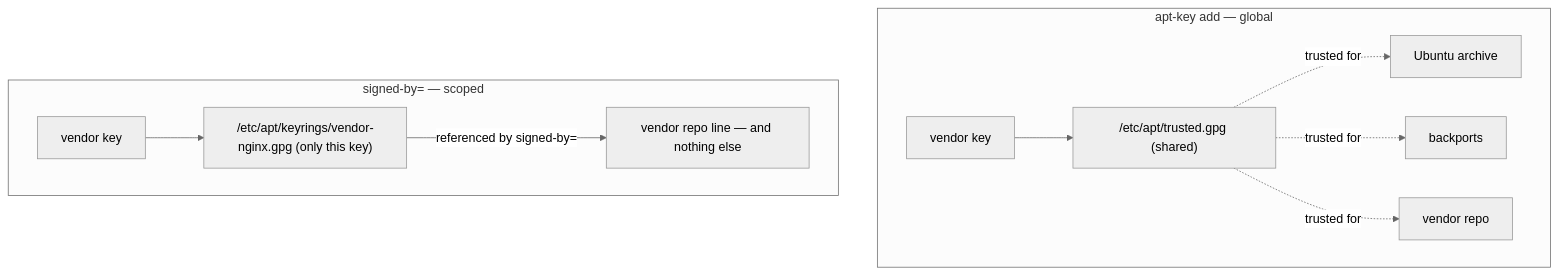
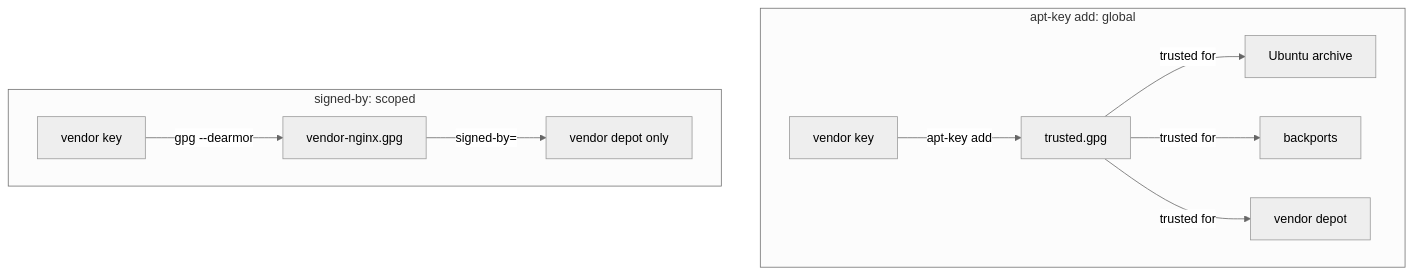
The diagram in sections/section-050/module-01/course-01-scoped-trust.md (astrona-io/ATS002), drawn with Mermaid (neutral theme) before and after one commit. The commit also changed other lines of this file and 615 other files, not shown here.

````diff
--- a/sections/section-050/module-01/course-01-scoped-trust.md
+++ b/sections/section-050/module-01/course-01-scoped-trust.md
@@ -23,13 +28,13 @@
 ```mermaid
-flowchart TD
-    subgraph OLD["apt-key add — global"]
-      K1["vendor key"] --> GK["/etc/apt/trusted.gpg (shared)"]
-      GK -.trusted for.-> R1["Ubuntu archive"]
-      GK -.trusted for.-> R2["backports"]
-      GK -.trusted for.-> R3["vendor repo"]
+flowchart TB
+    subgraph OLD["apt-key add: global"]
+      K1["vendor key"] -->|"apt-key add"| GK["trusted.gpg"]
+      GK -->|"trusted for"| R1["Ubuntu archive"]
+      GK -->|"trusted for"| R2["backports"]
+      GK -->|"trusted for"| R3["vendor depot"]
     end
-    subgraph NEW["signed-by= — scoped"]
-      K2["vendor key"] --> KF["/etc/apt/keyrings/vendor-nginx.gpg (only this key)"]
-      KF -->|referenced by signed-by=| RN["vendor repo line — and nothing else"]
+    subgraph NEW["signed-by: scoped"]
+      K2["vendor key"] -->|"gpg --dearmor"| KF["vendor-nginx.gpg"]
+      KF -->|"signed-by="| RN["vendor depot only"]
     end
 ```
````
